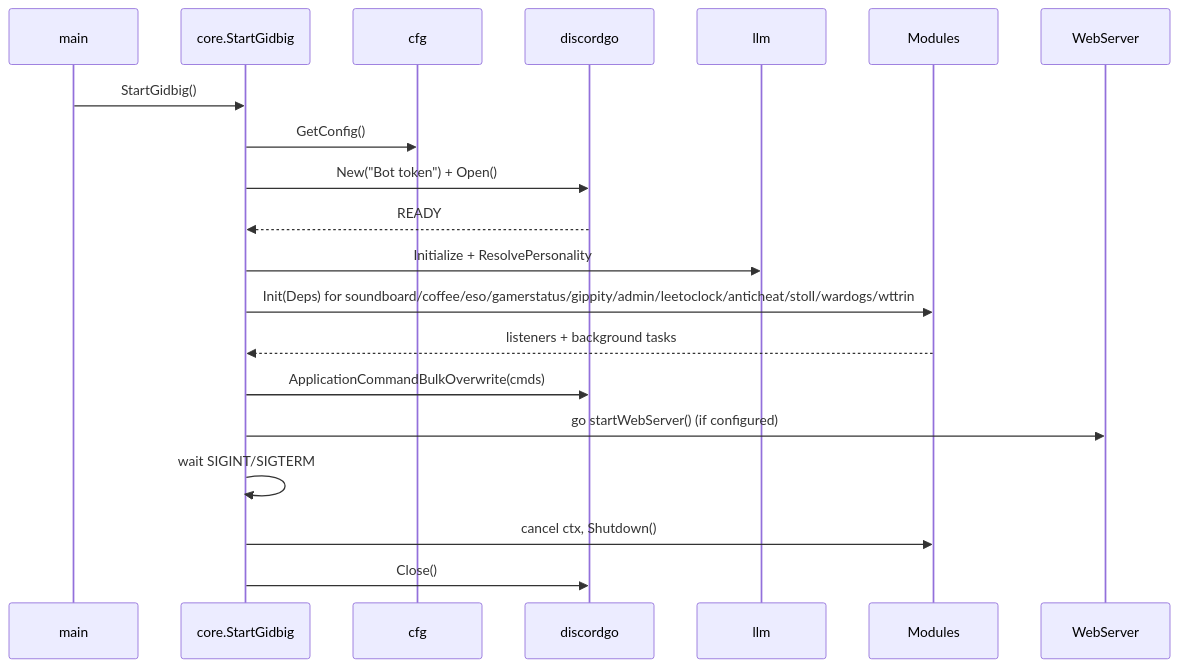
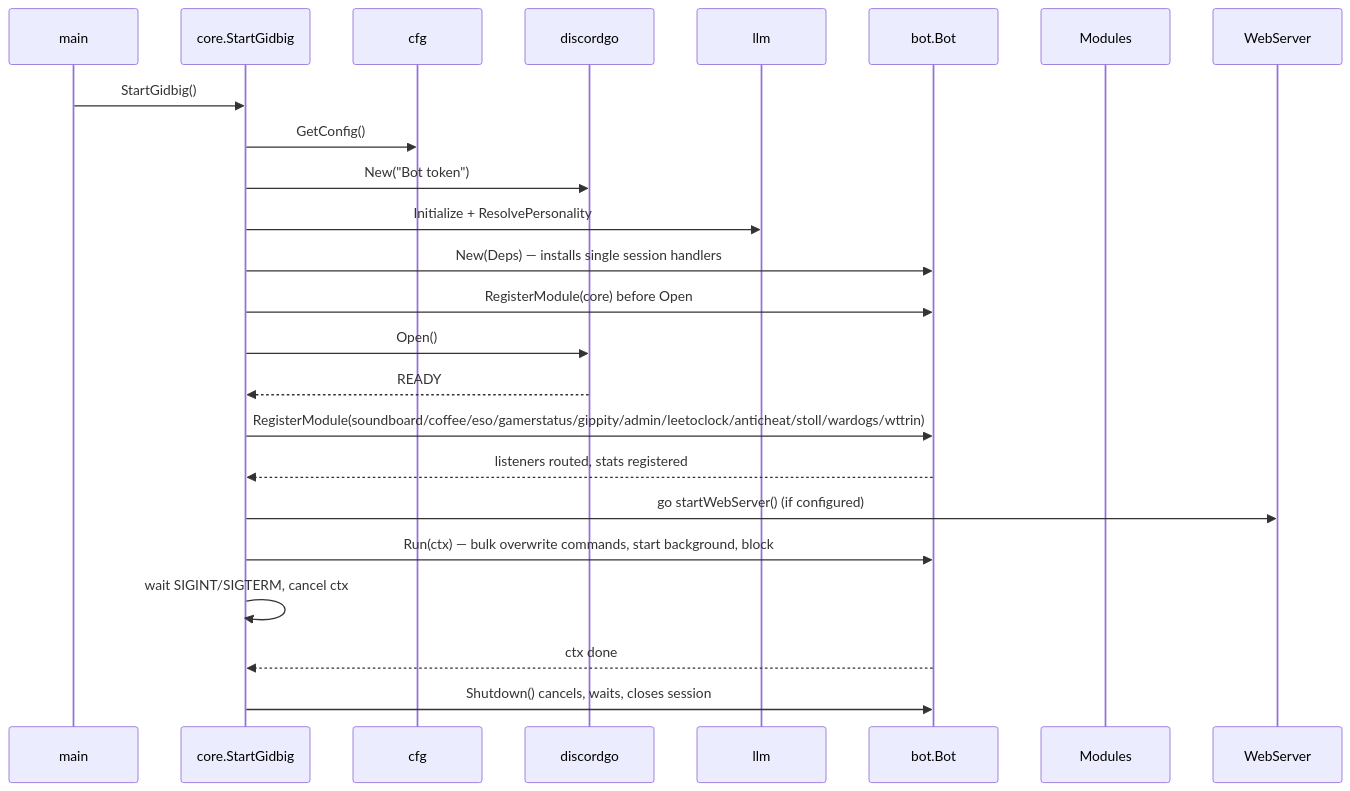
Before and after one commit to toksikk/gidbig: the diagram in docs/modules/core.md, drawn with Mermaid. The commit also changed other lines of this file and 15 other files, not shown here.

First line of the commit message:
refactor (#183): funnel all listeners through the router; boot with bot.Run

````diff
--- a/docs/modules/core.md
+++ b/docs/modules/core.md
@@ -17,23 +23,27 @@
 ```mermaid
 sequenceDiagram
     participant main
     participant core as core.StartGidbig
     participant cfg
     participant dg as discordgo
     participant llm
+    participant bot as bot.Bot
     participant mod as Modules
     participant web as WebServer
 
     main->>core: StartGidbig()
     core->>cfg: GetConfig()
-    core->>dg: New("Bot token") + Open()
+    core->>dg: New("Bot token")
+    core->>llm: Initialize + ResolvePersonality
+    core->>bot: New(Deps) — installs single session handlers
+    core->>bot: RegisterModule(core) before Open
+    core->>dg: Open()
     dg-->>core: READY
-    core->>llm: Initialize + ResolvePersonality
-    core->>mod: Init(Deps) for soundboard/coffee/eso/gamerstatus/gippity/admin/leetoclock/anticheat/stoll/wardogs/wttrin
-    mod-->>core: listeners + background tasks
-    core->>dg: ApplicationCommandBulkOverwrite(cmds)
+    core->>bot: RegisterModule(soundboard/coffee/eso/gamerstatus/gippity/admin/leetoclock/anticheat/stoll/wardogs/wttrin)
+    bot-->>core: listeners routed, stats registered
     core->>web: go startWebServer() (if configured)
-    core->>core: wait SIGINT/SIGTERM
-    core->>mod: cancel ctx, Shutdown()
-    core->>dg: Close()
+    core->>bot: Run(ctx) — bulk overwrite commands, start background, block
+    core->>core: wait SIGINT/SIGTERM, cancel ctx
+    bot-->>core: ctx done
+    core->>bot: Shutdown() cancels, waits, closes session
 ```
````
